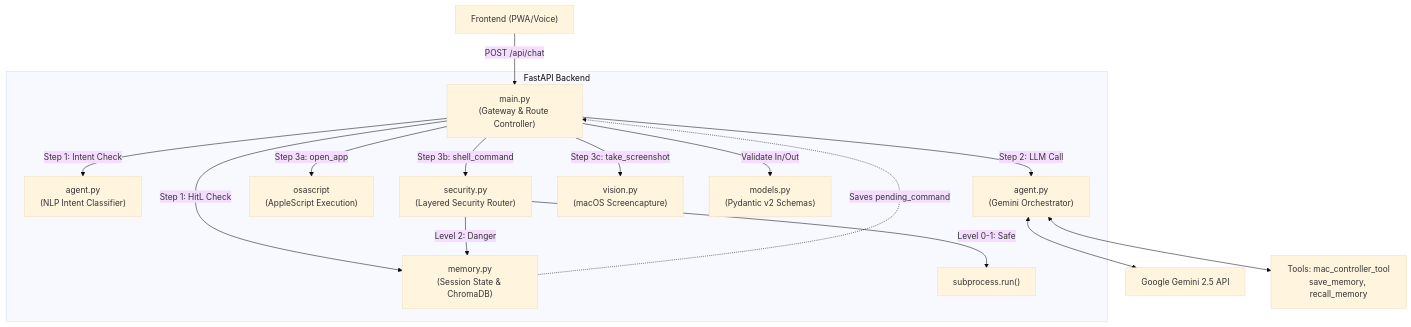
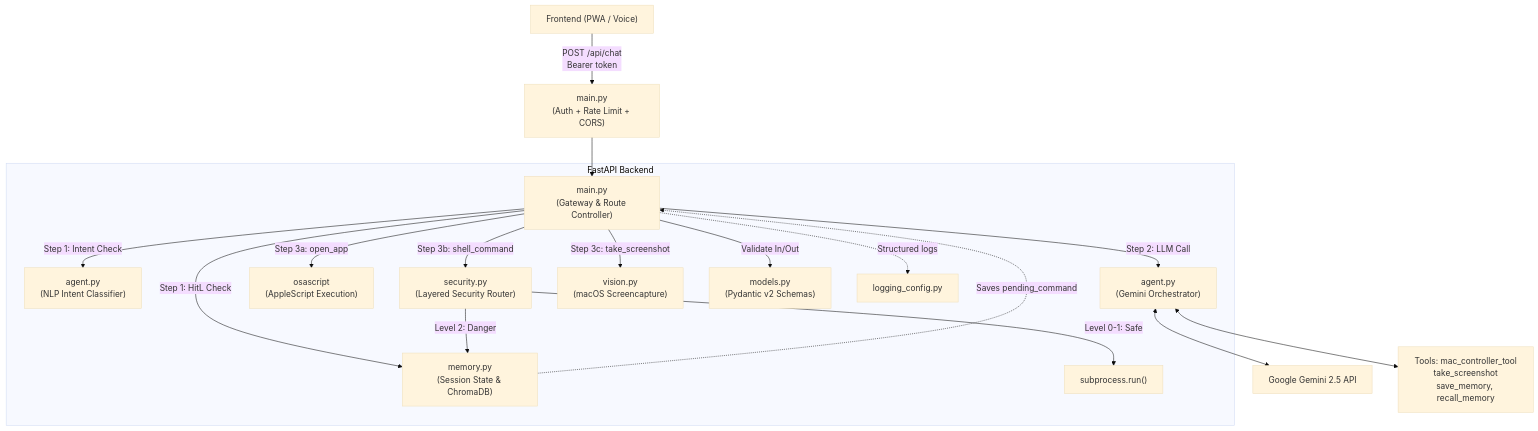
Before and after one commit to SajanthChandrakumar/gassi-jarvis: the diagram in architecture.md, drawn with Mermaid (base theme). The commit also changed other lines of this file and 12 other files, not shown here.

````diff
--- a/architecture.md
+++ b/architecture.md
@@ -7,23 +7,25 @@
 ```mermaid
 graph TD
-    CLIENT["Frontend (PWA/Voice)"] -->|POST /api/chat| MAIN["main.py<br/>(Gateway & Route Controller)"]
-    
+    CLIENT["Frontend (PWA / Voice)"] -->|POST /api/chat<br/>Bearer token| AUTH["main.py<br/>(Auth + Rate Limit + CORS)"]
+    AUTH --> MAIN["main.py<br/>(Gateway & Route Controller)"]
+
     subgraph FastAPI Backend
         MAIN -->|Step 1: HitL Check| MEMORY["memory.py<br/>(Session State & ChromaDB)"]
         MAIN -->|Step 1: Intent Check| AGENT_NLP["agent.py<br/>(NLP Intent Classifier)"]
         MAIN -->|Step 2: LLM Call| AGENT_LLM["agent.py<br/>(Gemini Orchestrator)"]
-        
+
         MAIN -->|Step 3a: open_app| OSASCRIPT["osascript<br/>(AppleScript Execution)"]
         MAIN -->|Step 3b: shell_command| SECURITY["security.py<br/>(Layered Security Router)"]
         MAIN -->|Step 3c: take_screenshot| VISION["vision.py<br/>(macOS Screencapture)"]
-        
+
         SECURITY -->|Level 0-1: Safe| EXEC["subprocess.run()"]
         SECURITY -->|Level 2: Danger| MEMORY
         MEMORY -.->|Saves pending_command| MAIN
-        
+
         MAIN -->|Validate In/Out| MODELS["models.py<br/>(Pydantic v2 Schemas)"]
+        MAIN -.->|Structured logs| LOG["logging_config.py"]
     end
-    
+
     AGENT_LLM <--> GEMINI["Google Gemini 2.5 API"]
-    AGENT_LLM <--> TOOLS["Tools: mac_controller_tool<br/>save_memory, recall_memory"]
+    AGENT_LLM <--> TOOLS["Tools: mac_controller_tool<br/>take_screenshot<br/>save_memory, recall_memory"]
 ```
````
